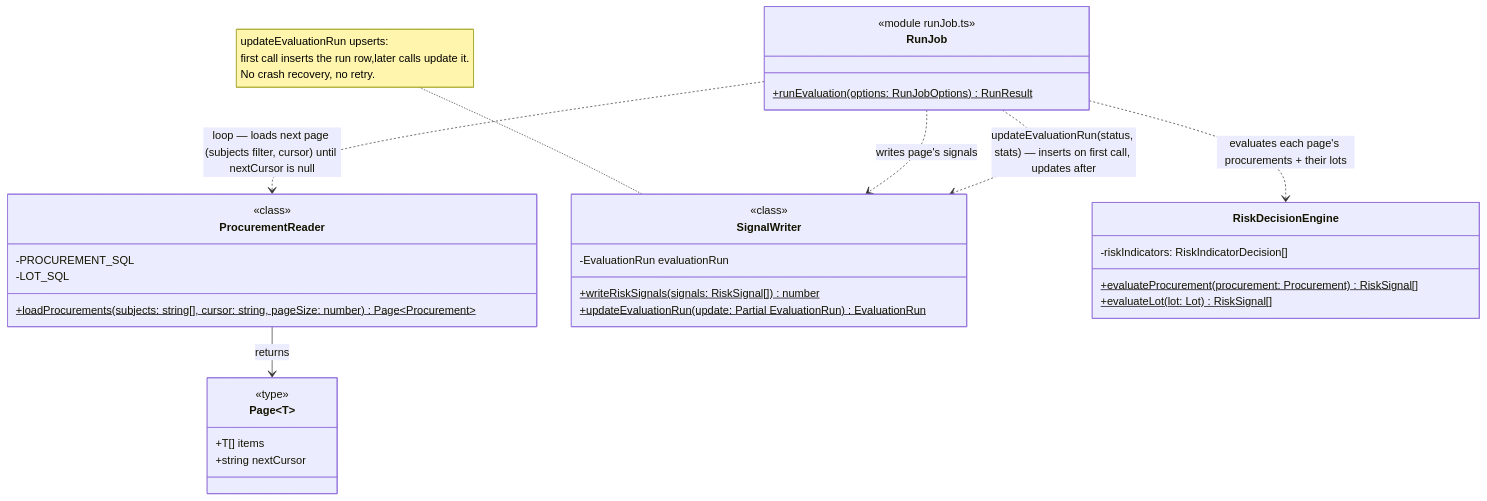
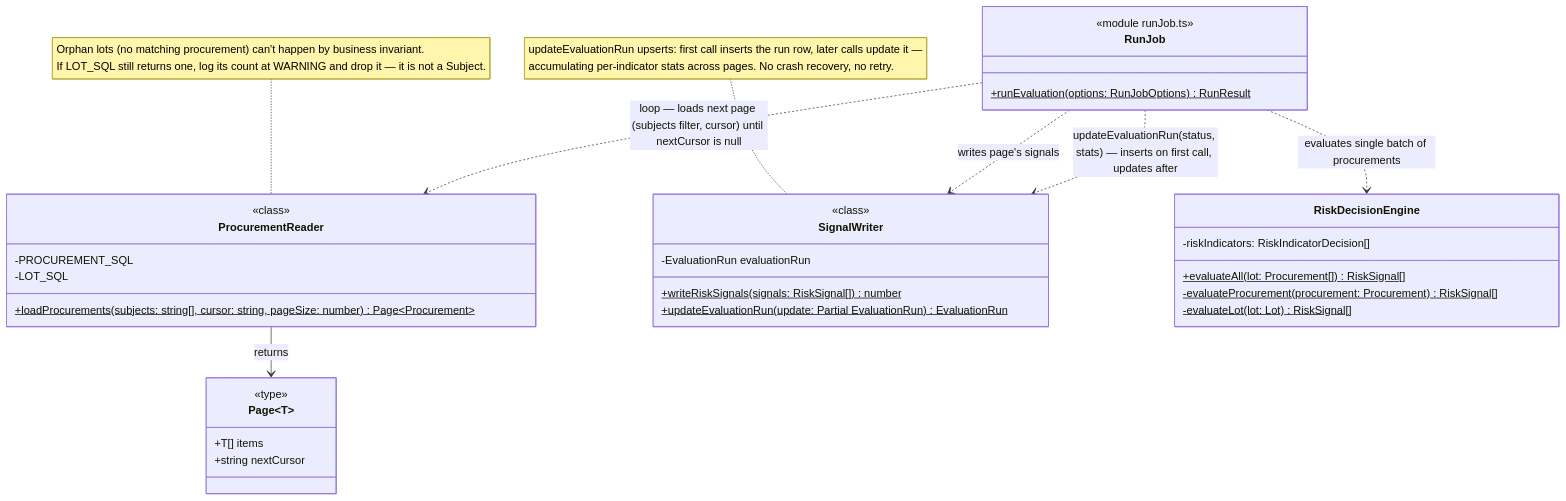
The second of 5 diagrams in docs/indicators-story/risk-service-architecture-v2.md (Viespirkiu-grupe/viespirkiai), drawn with Mermaid before and after one commit. The commit also changed other lines of this file, not shown here.

Commit message:
arch update

````diff
--- a/docs/indicators-story/risk-service-architecture-v2.md
+++ b/docs/indicators-story/risk-service-architecture-v2.md
@@ -36,42 +36,44 @@
 ```mermaid
 classDiagram
     class ProcurementReader {
         <<class>>
         -PROCUREMENT_SQL
         -LOT_SQL
         +loadProcurements(subjects: string[], cursor: string, pageSize: number)$ Page~Procurement~
     }
+    note for ProcurementReader "Orphan lots (no matching procurement) can't happen by business invariant.
+    If LOT_SQL still returns one, log its count at WARNING and drop it — it is not a Subject."
 
     class Page~T~ {
         <<type>>
         +T[] items
         +string nextCursor
     }
 
     class SignalWriter {
         <<class>>
         -EvaluationRun evaluationRun
         +writeRiskSignals(signals: RiskSignal[])$ number
         +updateEvaluationRun(update: Partial EvaluationRun)$ EvaluationRun
     }
-    note for SignalWriter "updateEvaluationRun upserts: 
-    first call inserts the run row,later calls update it. 
-    No crash recovery, no retry."
+    note for SignalWriter "updateEvaluationRun upserts: first call inserts the run row, later calls update it —
+    accumulating per-indicator stats across pages. No crash recovery, no retry."
 
     class RunJob {
         <<module runJob.ts>>
         +runEvaluation(options: RunJobOptions)$ RunResult
     }
 
     class RiskDecisionEngine {
         -riskIndicators: RiskIndicatorDecision[]
-        +evaluateProcurement(procurement: Procurement)$ RiskSignal[]
-        +evaluateLot(lot: Lot)$ RiskSignal[]
+        +evaluateAll(lot: Procurement[])$ RiskSignal[]
+        -evaluateProcurement(procurement: Procurement)$ RiskSignal[]
+        -evaluateLot(lot: Lot)$ RiskSignal[]        
     }
 
     RunJob ..> ProcurementReader : loop — loads next page (subjects filter, cursor) until nextCursor is null
     ProcurementReader --> Page : returns
-    RunJob ..> RiskDecisionEngine : evaluates each page's procurements + their lots
+    RunJob ..> RiskDecisionEngine : evaluates single batch of procurements
     RunJob ..> SignalWriter : writes page's signals
     RunJob ..> SignalWriter : updateEvaluationRun(status, stats) — inserts on first call, updates after
 ```
````
